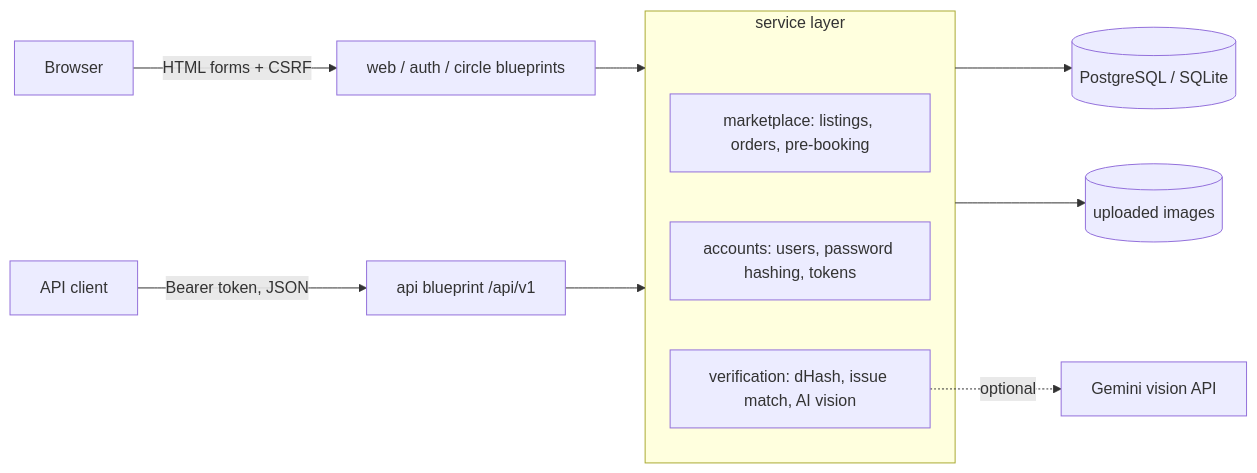
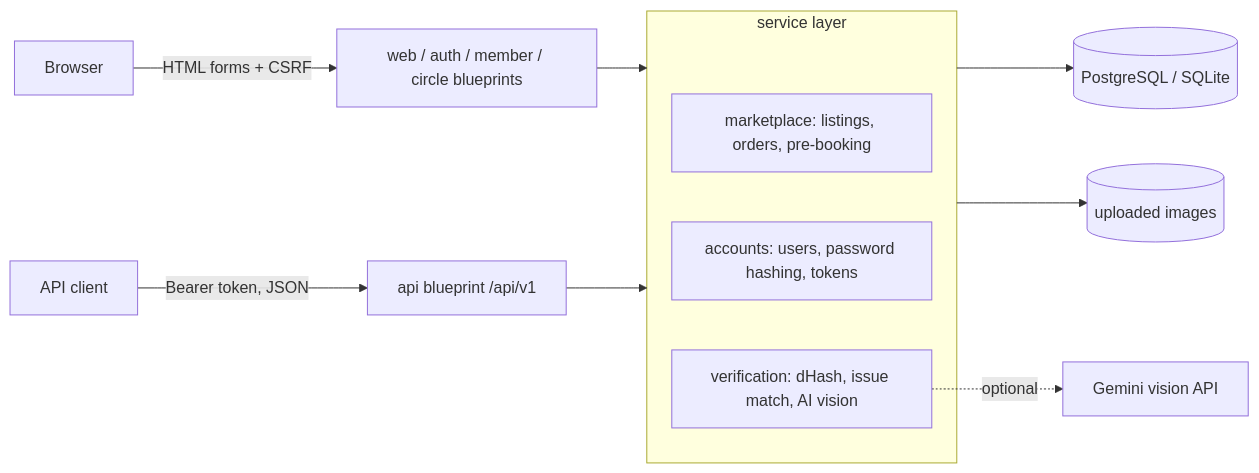
Before and after one commit to krishk2/philately_dashboard: the diagram in README.md, drawn with Mermaid. The commit also changed other lines of this file and 87 other files, not shown here.

````diff
--- a/README.md
+++ b/README.md
@@ -15,15 +19,15 @@
 ```mermaid
 flowchart LR
-  Browser -->|HTML forms + CSRF| Web[web / auth / circle blueprints]
+  Browser -->|HTML forms + CSRF| Web[web / auth / member / circle blueprints]
   Client[API client] -->|Bearer token, JSON| API[api blueprint /api/v1]
   Web --> Services
   API --> Services
   subgraph Services[service layer]
     M[marketplace: listings, orders, pre-booking]
     A[accounts: users, password hashing, tokens]
     V[verification: dHash, issue match, AI vision]
   end
   Services --> DB[(PostgreSQL / SQLite)]
   V -.optional.-> Gemini[Gemini vision API]
   Services --> Files[(uploaded images)]
 ```
````
